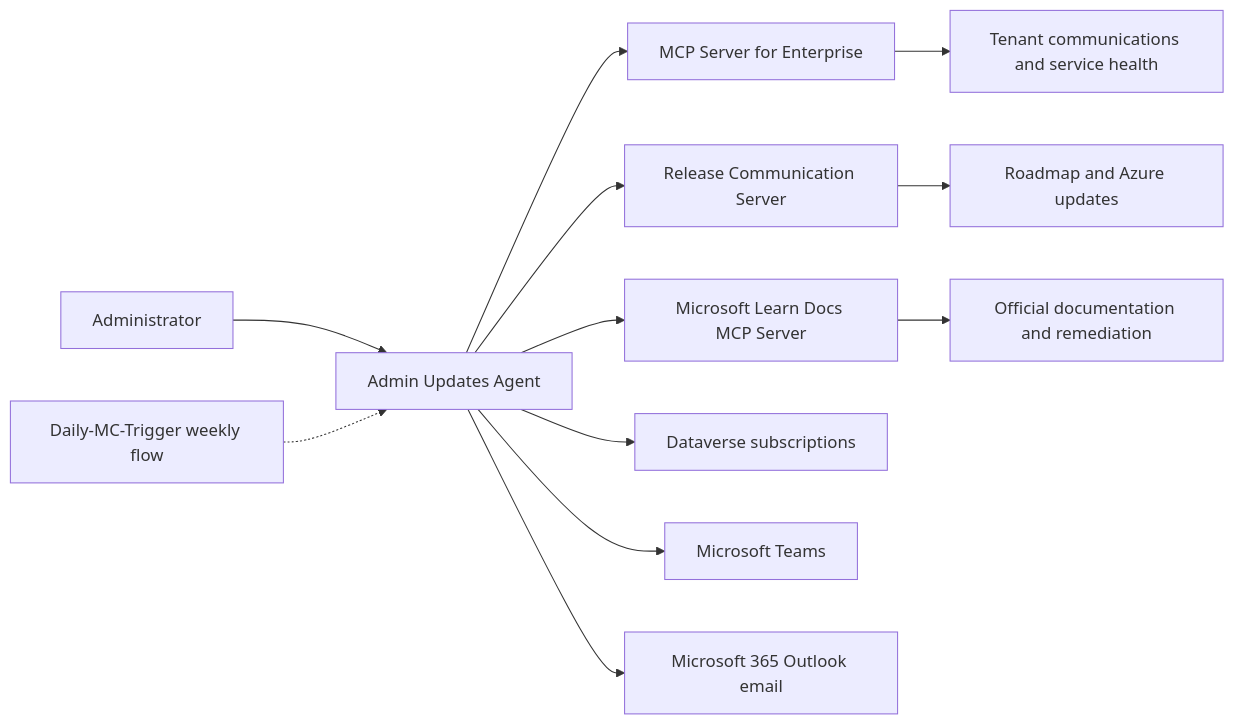
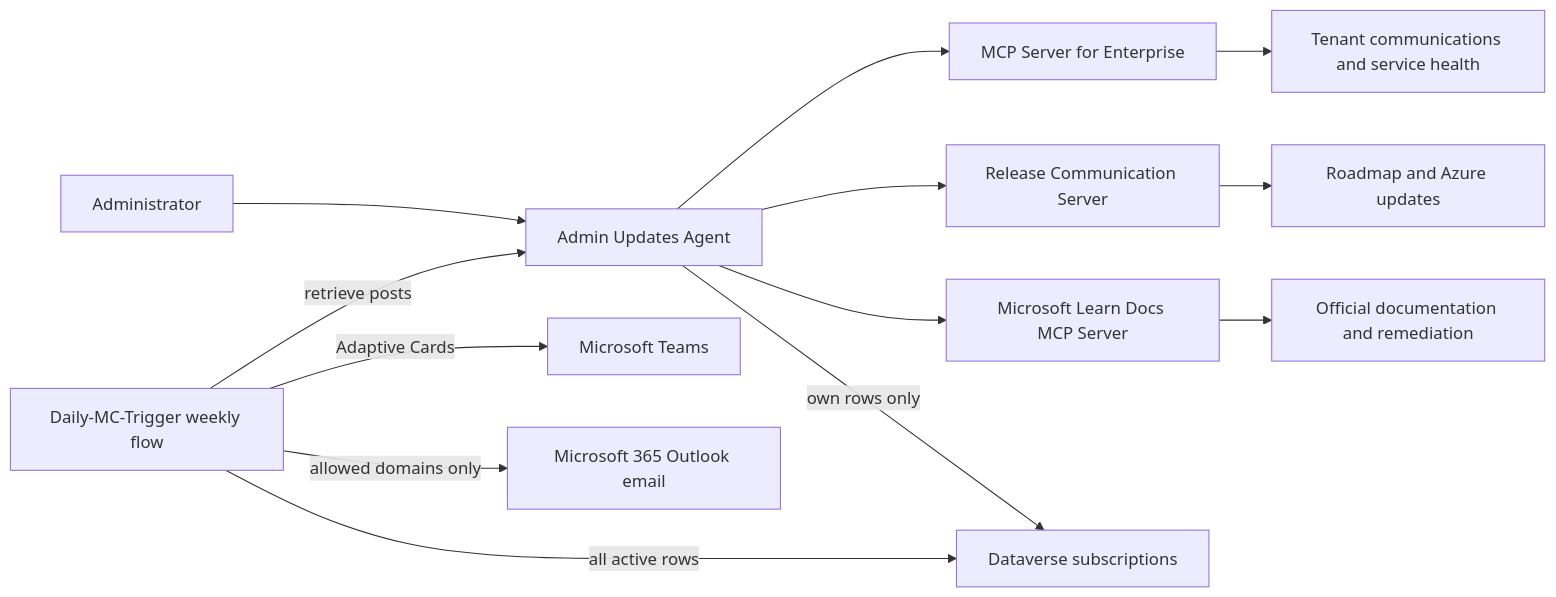
One commit to saurabhkoshta/Admin-Updates-Agents changed the diagram in README.md. Above: the diagram before and after it, drawn with Mermaid. The commit also changed other lines of this file and 18 other files, not shown here.

````diff
--- a/README.md
+++ b/README.md
@@ -32,15 +35,16 @@
 ```mermaid
 flowchart LR
     User[Administrator] --> Agent[Admin Updates Agent]
-    Flow[Daily-MC-Trigger weekly flow] -.-> Agent
+    Flow[Daily-MC-Trigger weekly flow] -->|retrieve posts| Agent
     Agent --> Enterprise[MCP Server for Enterprise]
     Agent --> Release[Release Communication Server]
     Agent --> Learn[Microsoft Learn Docs MCP Server]
-    Agent --> Dataverse[Dataverse subscriptions]
-    Agent --> Teams[Microsoft Teams]
-    Agent --> Email[Microsoft 365 Outlook email]
+    Agent -->|own rows only| Dataverse[Dataverse subscriptions]
+    Flow -->|all active rows| Dataverse
+    Flow -->|Adaptive Cards| Teams[Microsoft Teams]
+    Flow -->|allowed domains only| Email[Microsoft 365 Outlook email]
 
     Enterprise --> Tenant[Tenant communications and service health]
     Release --> Public[Roadmap and Azure updates]
     Learn --> Docs[Official documentation and remediation]
 ```
````
